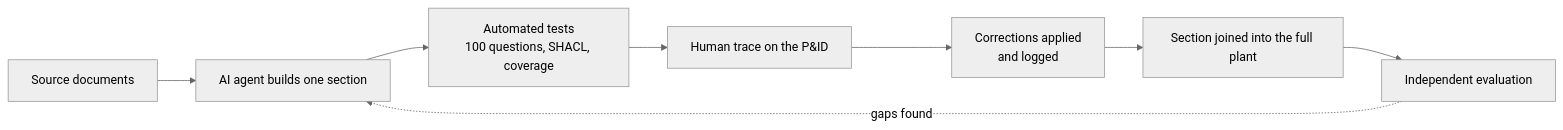
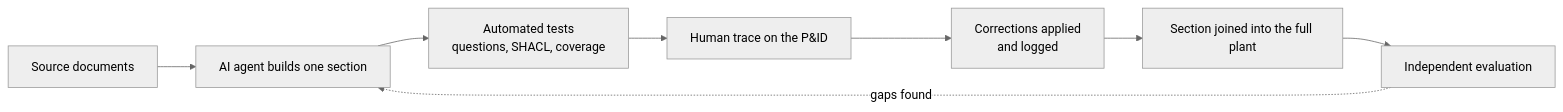
One commit to AISL-at-Imperial-College-London/ccpp_kg changed the diagram in README.md. Above: the diagram before and after it, drawn with Mermaid (neutral theme). The commit also changed other lines of this file, not shown here.

Commit message:
Update README: project overview, KG A/B/C comparison and roadmap

````diff
--- a/README.md
+++ b/README.md
@@ -63,10 +111,10 @@
 ```mermaid
 flowchart LR
     D[Source documents] --> B[AI agent builds one section]
-    B --> T[Automated tests<br/>100 questions, SHACL, coverage]
+    B --> T[Automated tests<br/>questions, SHACL, coverage]
     T --> H[Human trace on the P&ID]
     H --> C[Corrections applied<br/>and logged]
     C --> J[Section joined into the full plant]
     J --> E[Independent evaluation]
     E -.gaps found.-> B
 ```
````
